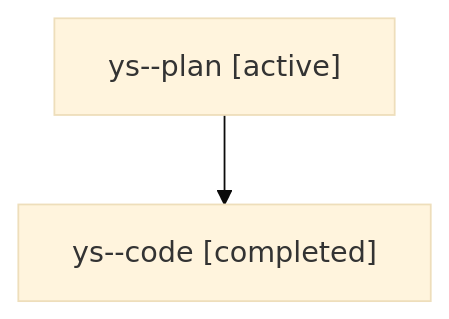
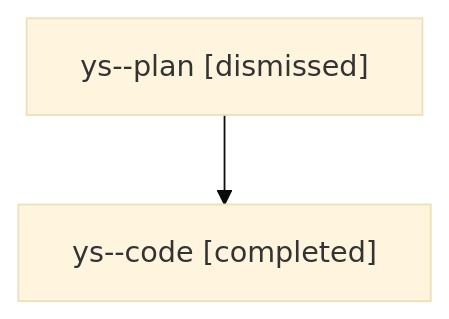
One commit to sase-org/sase--agents changed the diagram in sessions/bbugyi200.athena.ys.md. Above: the diagram before and after it, drawn with Mermaid (base theme). The commit also changed other lines of this file and 18 other files, not shown here.

````diff
--- a/sessions/bbugyi200.athena.ys.md
+++ b/sessions/bbugyi200.athena.ys.md
@@ -9,6 +9,6 @@
 ```mermaid
 flowchart TD
-  n0["ys--plan [active]"]
+  n0["ys--plan [dismissed]"]
   n1["ys--code [completed]"]
   n0 --> n1
 ```
````
